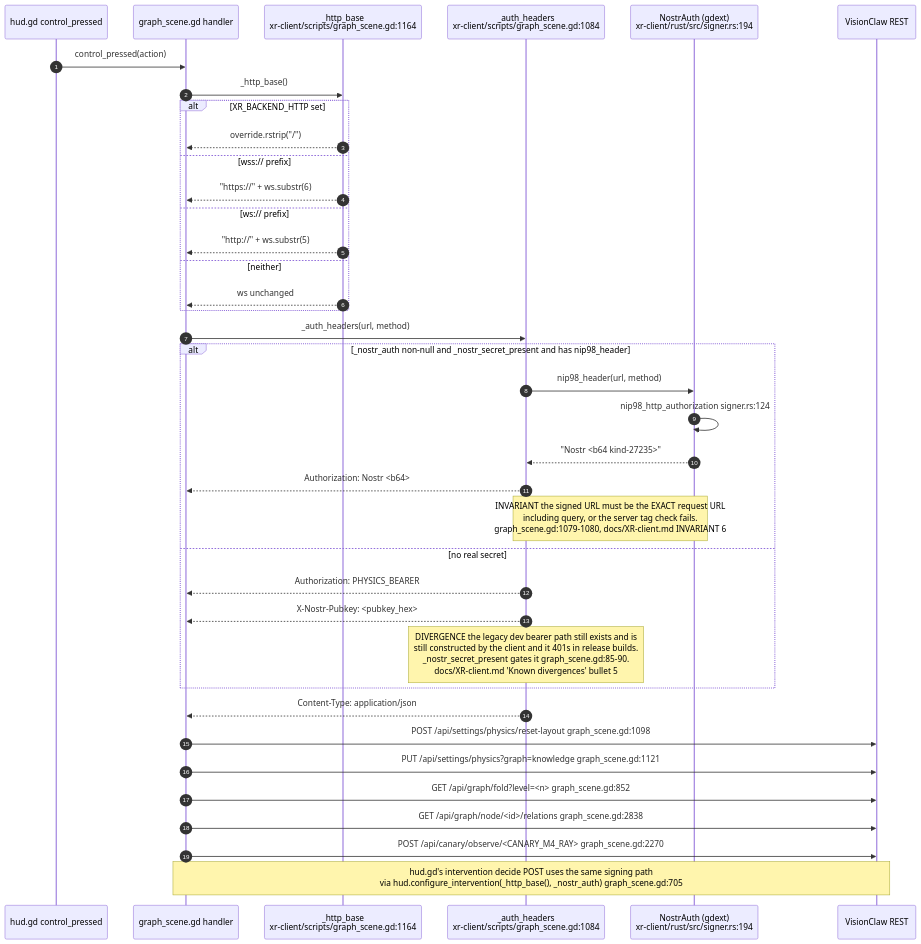
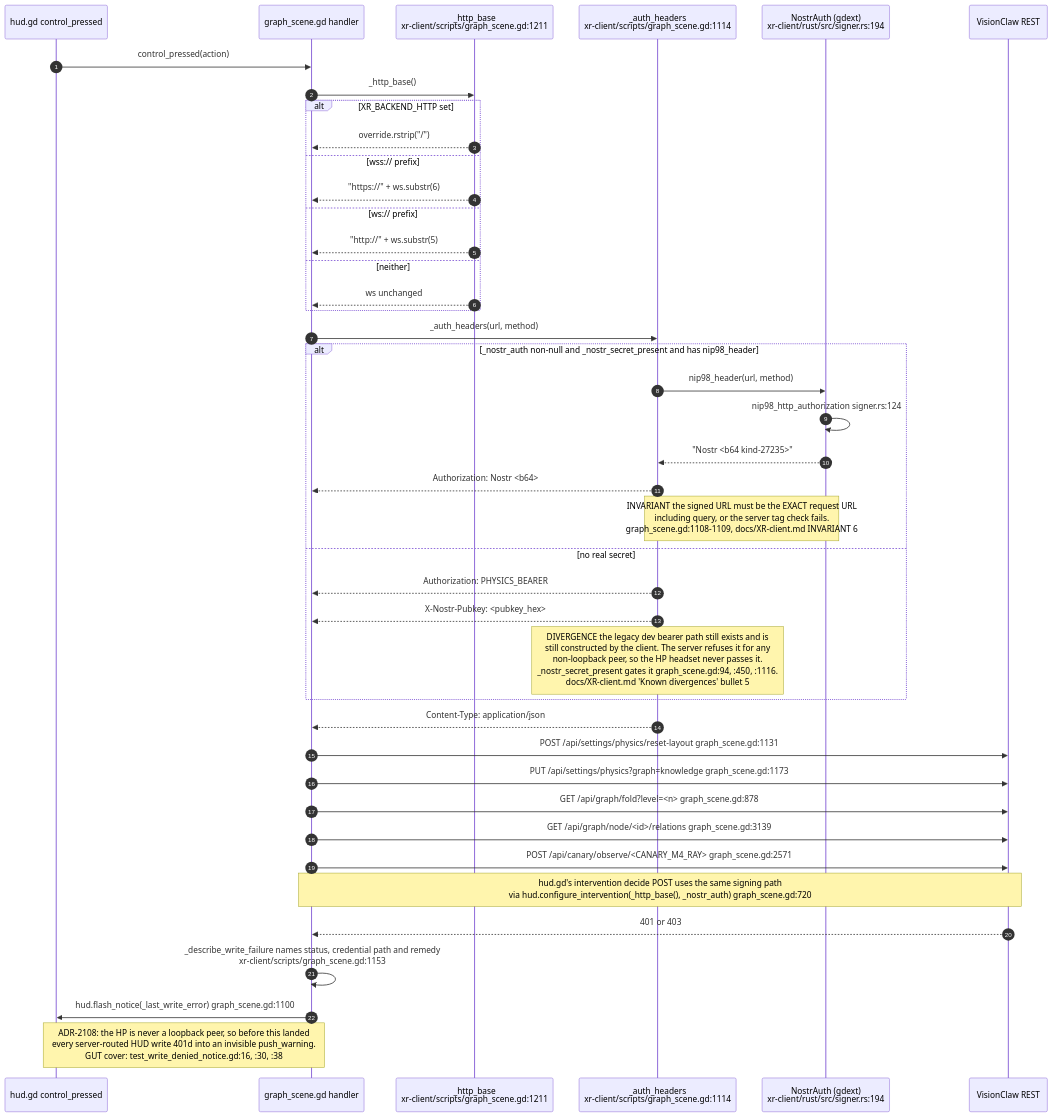
Diagram 11 of 24 in docs/diagrams/visionclaw/36-godot-xr-client.md (DreamLab-AI/VisionFlow), drawn with Mermaid before and after one commit. The commit also changed other lines of this file and 32 other files, not shown here.

````diff
--- a/docs/diagrams/visionclaw/36-godot-xr-client.md
+++ b/docs/diagrams/visionclaw/36-godot-xr-client.md
@@ -478,41 +495,45 @@
 ```mermaid
 sequenceDiagram
     autonumber
     participant HD as hud.gd control_pressed
     participant GS as graph_scene.gd handler
-    participant HB as _http_base<br/>xr-client/scripts/graph_scene.gd:1164
-    participant AH as _auth_headers<br/>xr-client/scripts/graph_scene.gd:1084
+    participant HB as _http_base<br/>xr-client/scripts/graph_scene.gd:1211
+    participant AH as _auth_headers<br/>xr-client/scripts/graph_scene.gd:1114
     participant NA as NostrAuth (gdext)<br/>xr-client/rust/src/signer.rs:194
     participant SV as VisionClaw REST
 
     HD->>GS: control_pressed(action)
     GS->>HB: _http_base()
     alt XR_BACKEND_HTTP set
         HB-->>GS: override.rstrip("/")
     else wss:// prefix
         HB-->>GS: "https://" + ws.substr(6)
     else ws:// prefix
         HB-->>GS: "http://" + ws.substr(5)
     else neither
         HB-->>GS: ws unchanged
     end
     GS->>AH: _auth_headers(url, method)
     alt _nostr_auth non-null and _nostr_secret_present and has nip98_header
         AH->>NA: nip98_header(url, method)
         NA->>NA: nip98_http_authorization signer.rs:124
         NA-->>AH: "Nostr <b64 kind-27235>"
         AH-->>GS: Authorization: Nostr <b64>
-        Note over AH,NA: INVARIANT the signed URL must be the EXACT request URL<br/>including query, or the server tag check fails.<br/>graph_scene.gd:1079-1080, docs/XR-client.md INVARIANT 6
+        Note over AH,NA: INVARIANT the signed URL must be the EXACT request URL<br/>including query, or the server tag check fails.<br/>graph_scene.gd:1108-1109, docs/XR-client.md INVARIANT 6
     else no real secret
         AH-->>GS: Authorization: PHYSICS_BEARER
         AH-->>GS: X-Nostr-Pubkey: <pubkey_hex>
-        Note over AH: DIVERGENCE the legacy dev bearer path still exists and is<br/>still constructed by the client and it 401s in release builds.<br/>_nostr_secret_present gates it graph_scene.gd:85-90.<br/>docs/XR-client.md 'Known divergences' bullet 5
+        Note over AH: DIVERGENCE the legacy dev bearer path still exists and is<br/>still constructed by the client. The server refuses it for any<br/>non-loopback peer, so the HP headset never passes it.<br/>_nostr_secret_present gates it graph_scene.gd:94, :450, :1116.<br/>docs/XR-client.md 'Known divergences' bullet 5
     end
     AH-->>GS: Content-Type: application/json
-    GS->>SV: POST /api/settings/physics/reset-layout graph_scene.gd:1098
-    GS->>SV: PUT /api/settings/physics?graph=knowledge graph_scene.gd:1121
-    GS->>SV: GET /api/graph/fold?level=<n> graph_scene.gd:852
-    GS->>SV: GET /api/graph/node/<id>/relations graph_scene.gd:2838
-    GS->>SV: POST /api/canary/observe/<CANARY_M4_RAY> graph_scene.gd:2270
-    Note over GS,SV: hud.gd's intervention decide POST uses the same signing path<br/>via hud.configure_intervention(_http_base(), _nostr_auth) graph_scene.gd:705
+    GS->>SV: POST /api/settings/physics/reset-layout graph_scene.gd:1131
+    GS->>SV: PUT /api/settings/physics?graph=knowledge graph_scene.gd:1173
+    GS->>SV: GET /api/graph/fold?level=<n> graph_scene.gd:878
+    GS->>SV: GET /api/graph/node/<id>/relations graph_scene.gd:3139
+    GS->>SV: POST /api/canary/observe/<CANARY_M4_RAY> graph_scene.gd:2571
+    Note over GS,SV: hud.gd's intervention decide POST uses the same signing path<br/>via hud.configure_intervention(_http_base(), _nostr_auth) graph_scene.gd:720
+    SV-->>GS: 401 or 403
+    GS->>GS: _describe_write_failure names status, credential path and remedy<br/>xr-client/scripts/graph_scene.gd:1153
+    GS->>HD: hud.flash_notice(_last_write_error) graph_scene.gd:1100
+    Note over GS,HD: ADR-2108: the HP is never a loopback peer, so before this landed<br/>every server-routed HUD write 401d into an invisible push_warning.<br/>GUT cover: test_write_denied_notice.gd:16, :30, :38
 ```
````
